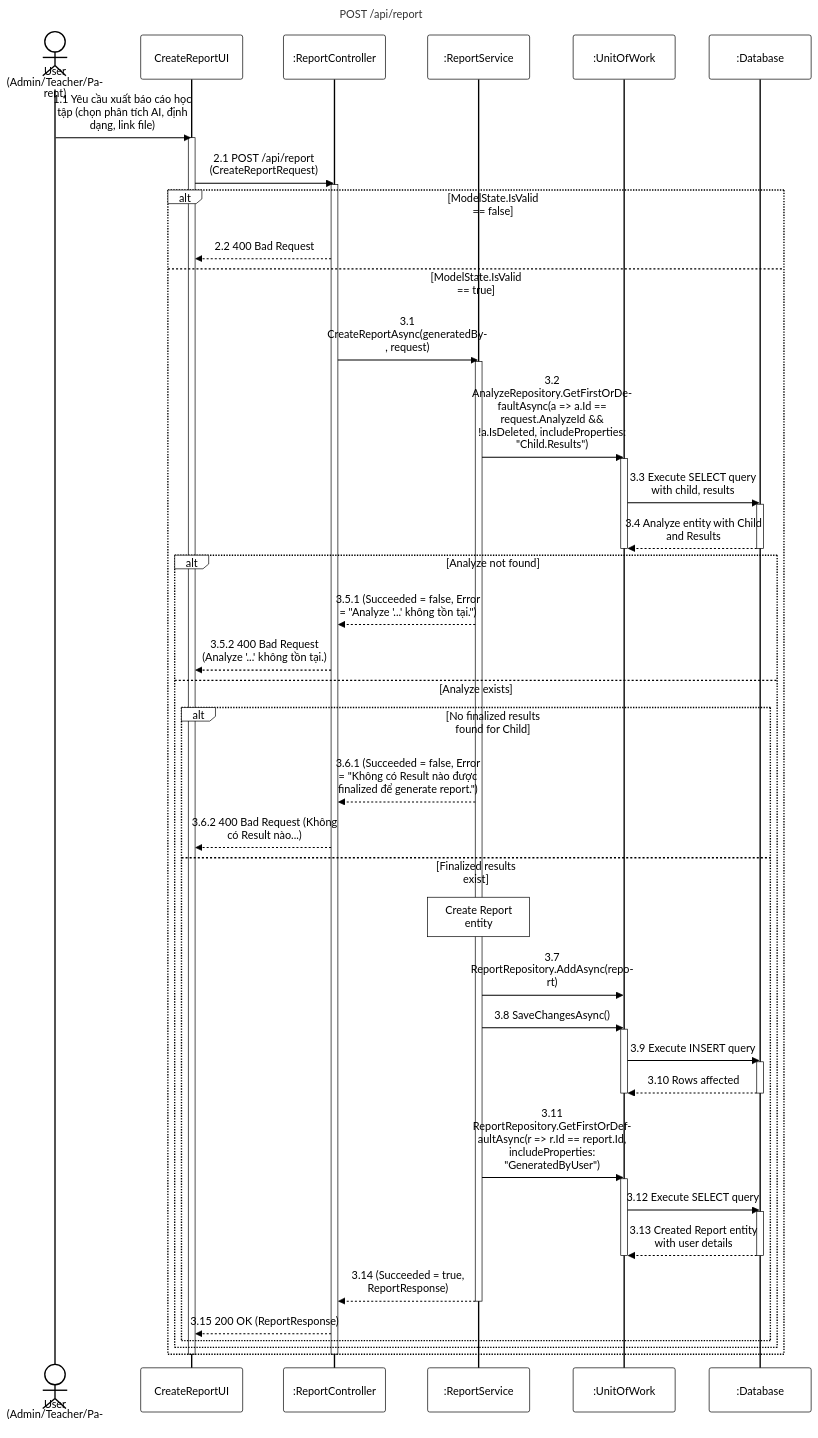
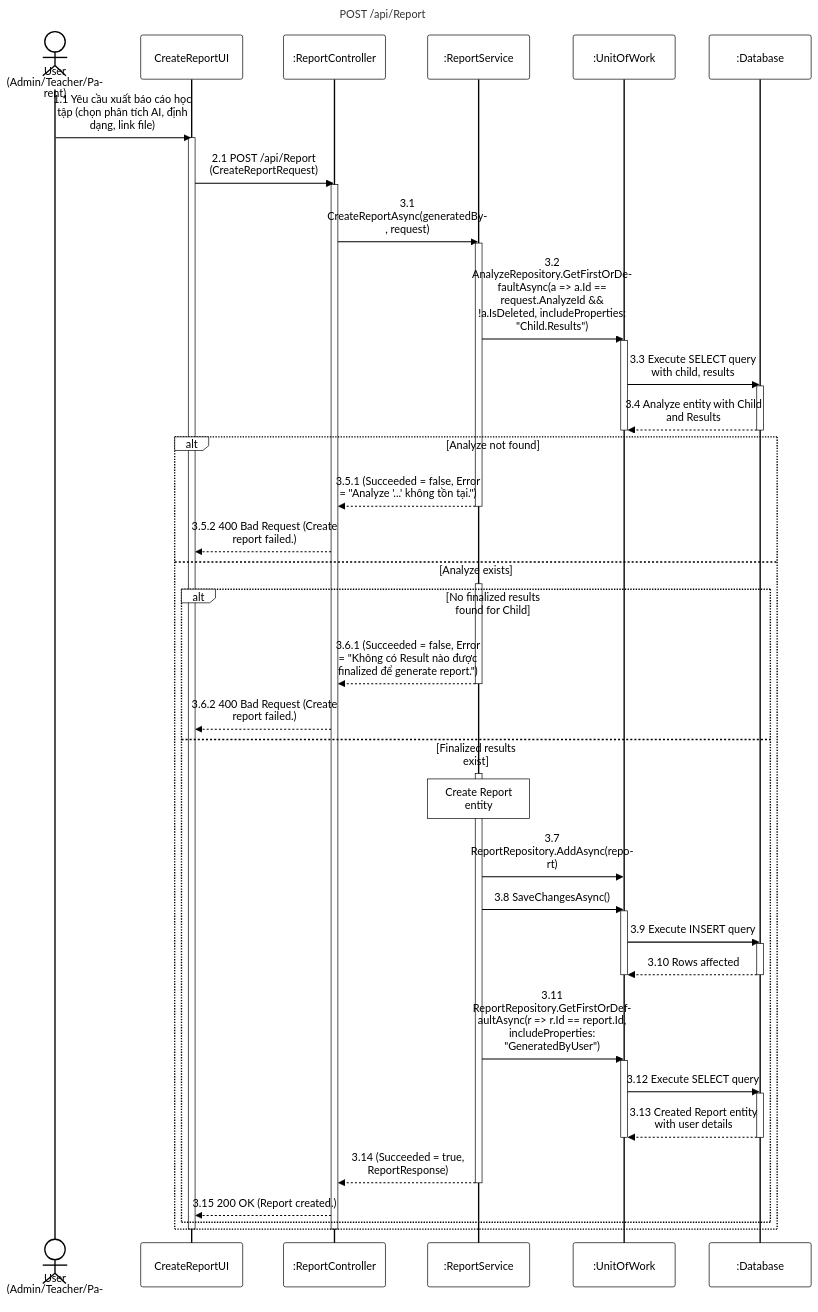
The diagram in 08-reports-system-settings/sequence-diagram/apis/create-report.mmd (PhucAnDev/docx-diagram), drawn with Mermaid before and after one commit. The commit also changed 3 other files, not shown here.

Commit message:
fix: update create-report.mmd and get-list-reports.mmd with correct route casing, validation checks, error/success messages, a warning note, and activations

```diff
--- a/08-reports-system-settings/sequence-diagram/apis/create-report.mmd
+++ b/08-reports-system-settings/sequence-diagram/apis/create-report.mmd
@@ -1,64 +1,64 @@
 %%{init: {'theme':'base', 'themeVariables': {'actorBkg':'#ffffff','actorBorder':'#000000','actorTextColor':'#000000','actorLineColor':'#000000','signalColor':'#000000','signalTextColor':'#000000','labelBoxBkgColor':'#ffffff','labelBoxBorderColor':'#000000','labelTextColor':'#000000','loopTextColor':'#000000','noteBkgColor':'#ffffff','noteBorderColor':'#000000','noteTextColor':'#000000','activationBorderColor':'#000000','activationBkgColor':'#ffffff','sequenceNumberColor':'#000000'}, 'sequence': {'width':150,'height':65,'actorFontSize':16,'messageFontSize':16,'wrap':true,'wrapPadding':10}}}%%
 sequenceDiagram
-    title POST /api/report
+    title POST /api/Report
     actor User as User (Admin/Teacher/Parent)
     participant UI as CreateReportUI
     participant Endpoint as :ReportController
     participant Service as :ReportService
     participant DB as :UnitOfWork
     participant Database as :Database
 
     User->>UI: 1.1 Yêu cầu xuất báo cáo học tập (chọn phân tích AI, định dạng, link file)
     activate UI
-    UI->>Endpoint: 2.1 POST /api/report (CreateReportRequest)
+    UI->>Endpoint: 2.1 POST /api/Report (CreateReportRequest)
     activate Endpoint
 
-    alt ModelState.IsValid == false
-        Endpoint-->>UI: 2.2 400 Bad Request
-    else ModelState.IsValid == true
-        Endpoint->>Service: 3.1 CreateReportAsync(generatedBy, request)
+    Endpoint->>Service: 3.1 CreateReportAsync(generatedBy, request)
+    activate Service
+
+    Service->>DB: 3.2 AnalyzeRepository.GetFirstOrDefaultAsync(a => a.Id == request.AnalyzeId && !a.IsDeleted, includeProperties: "Child.Results")
+    activate DB
+    DB->>Database: 3.3 Execute SELECT query with child, results
+    activate Database
+    Database-->>DB: 3.4 Analyze entity with Child and Results
+    deactivate Database
+    deactivate DB
+
+    alt Analyze not found
+        Service-->>Endpoint: 3.5.1 (Succeeded = false, Error = "Analyze '...' không tồn tại.")
+        deactivate Service
+        Endpoint-->>UI: 3.5.2 400 Bad Request (Create report failed.)
+    else Analyze exists
         activate Service
+        alt No finalized results found for Child
+            Service-->>Endpoint: 3.6.1 (Succeeded = false, Error = "Không có Result nào được finalized để generate report.")
+            deactivate Service
+            Endpoint-->>UI: 3.6.2 400 Bad Request (Create report failed.)
+        else Finalized results exist
+            activate Service
+            note over Service: Create Report entity
+            
+            Service->>DB: 3.7 ReportRepository.AddAsync(report)
+            Service->>DB: 3.8 SaveChangesAsync()
+            activate DB
+            DB->>Database: 3.9 Execute INSERT query
+            activate Database
+            Database-->>DB: 3.10 Rows affected
+            deactivate Database
+            deactivate DB
 
-        Service->>DB: 3.2 AnalyzeRepository.GetFirstOrDefaultAsync(a => a.Id == request.AnalyzeId && !a.IsDeleted, includeProperties: "Child.Results")
-        activate DB
-        DB->>Database: 3.3 Execute SELECT query with child, results
-        activate Database
-        Database-->>DB: 3.4 Analyze entity with Child and Results
-        deactivate Database
-        deactivate DB
+            Service->>DB: 3.11 ReportRepository.GetFirstOrDefaultAsync(r => r.Id == report.Id, includeProperties: "GeneratedByUser")
+            activate DB
+            DB->>Database: 3.12 Execute SELECT query
+            activate Database
+            Database-->>DB: 3.13 Created Report entity with user details
+            deactivate Database
+            deactivate DB
 
-        alt Analyze not found
-            Service-->>Endpoint: 3.5.1 (Succeeded = false, Error = "Analyze '...' không tồn tại.")
-            Endpoint-->>UI: 3.5.2 400 Bad Request (Analyze '...' không tồn tại.)
-        else Analyze exists
-            alt No finalized results found for Child
-                Service-->>Endpoint: 3.6.1 (Succeeded = false, Error = "Không có Result nào được finalized để generate report.")
-                Endpoint-->>UI: 3.6.2 400 Bad Request (Không có Result nào...)
-            else Finalized results exist
-                note over Service: Create Report entity
-                
-                Service->>DB: 3.7 ReportRepository.AddAsync(report)
-                Service->>DB: 3.8 SaveChangesAsync()
-                activate DB
-                DB->>Database: 3.9 Execute INSERT query
-                activate Database
-                Database-->>DB: 3.10 Rows affected
-                deactivate Database
-                deactivate DB
-
-                Service->>DB: 3.11 ReportRepository.GetFirstOrDefaultAsync(r => r.Id == report.Id, includeProperties: "GeneratedByUser")
-                activate DB
-                DB->>Database: 3.12 Execute SELECT query
-                activate Database
-                Database-->>DB: 3.13 Created Report entity with user details
-                deactivate Database
-                deactivate DB
-
-                Service-->>Endpoint: 3.14 (Succeeded = true, ReportResponse)
-                deactivate Service
-                Endpoint-->>UI: 3.15 200 OK (ReportResponse)
-            end
+            Service-->>Endpoint: 3.14 (Succeeded = true, ReportResponse)
+            deactivate Service
+            Endpoint-->>UI: 3.15 200 OK (Report created.)
         end
     end
     deactivate Endpoint
     deactivate UI
```
